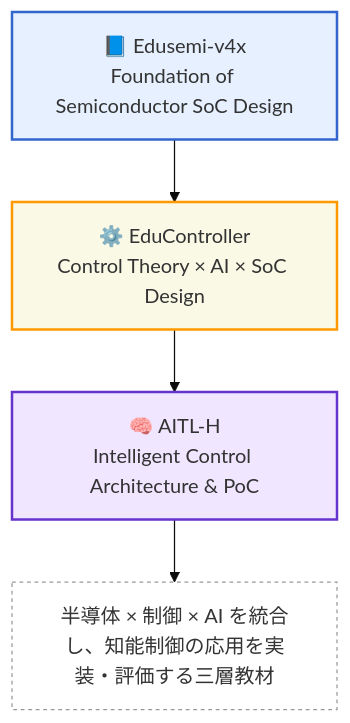
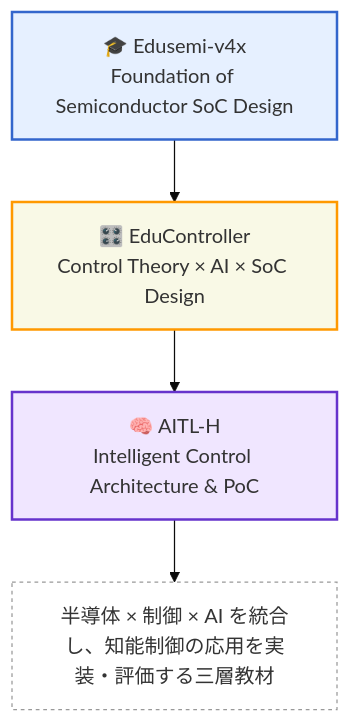
One commit to Samizo-AITL/Samizo-AITL.github.io changed the diagram in index.md. Above: the diagram before and after it, drawn with Mermaid (base theme). The commit also changed other lines of this file, not shown here.

````diff
--- a/index.md
+++ b/index.md
@@ -95,17 +88,17 @@
 ```mermaid
 flowchart TD
-    A[📘 Edusemi-v4x<br/>Foundation of Semiconductor SoC Design] 
-        --> B[⚙️ EduController<br/>Control Theory × AI × SoC Design] 
+    A[🎓 Edusemi-v4x<br/>Foundation of Semiconductor SoC Design] 
+        --> B[🎛️ EduController<br/>Control Theory × AI × SoC Design] 
         --> C[🧠 AITL-H<br/>Intelligent Control Architecture & PoC]
 
 
     %% スタイル定義
     style A fill:#e6f0ff,stroke:#3366cc,stroke-width:2px
     style B fill:#f9f9e6,stroke:#ff9900,stroke-width:2px
     style C fill:#f0e6ff,stroke:#6633cc,stroke-width:2px
 
     %% 注釈
     classDef note fill:#ffffff,stroke:#999,stroke-dasharray: 3 3,color:#333;
     D["半導体 × 制御 × AI を統合し、知能制御の応用を実装・評価する三層教材"]:::note
     C --> D
 ```
````
